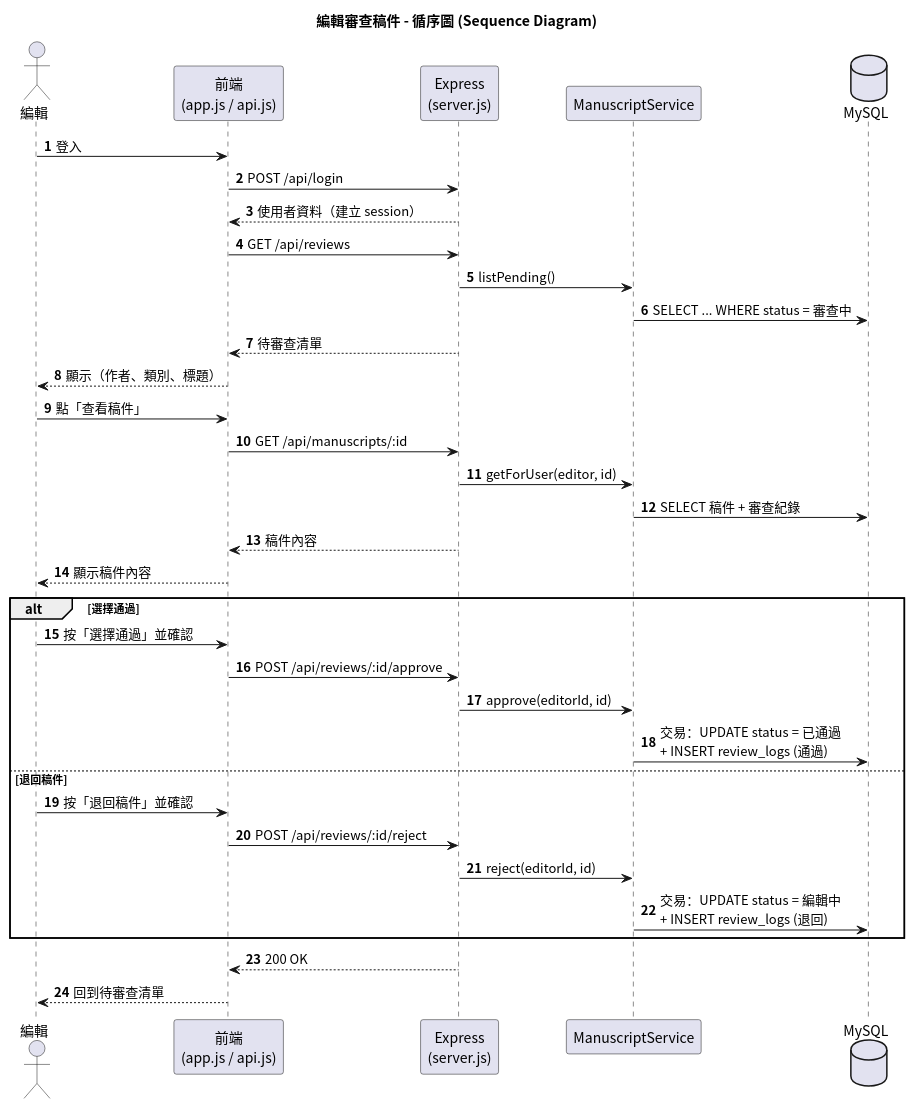
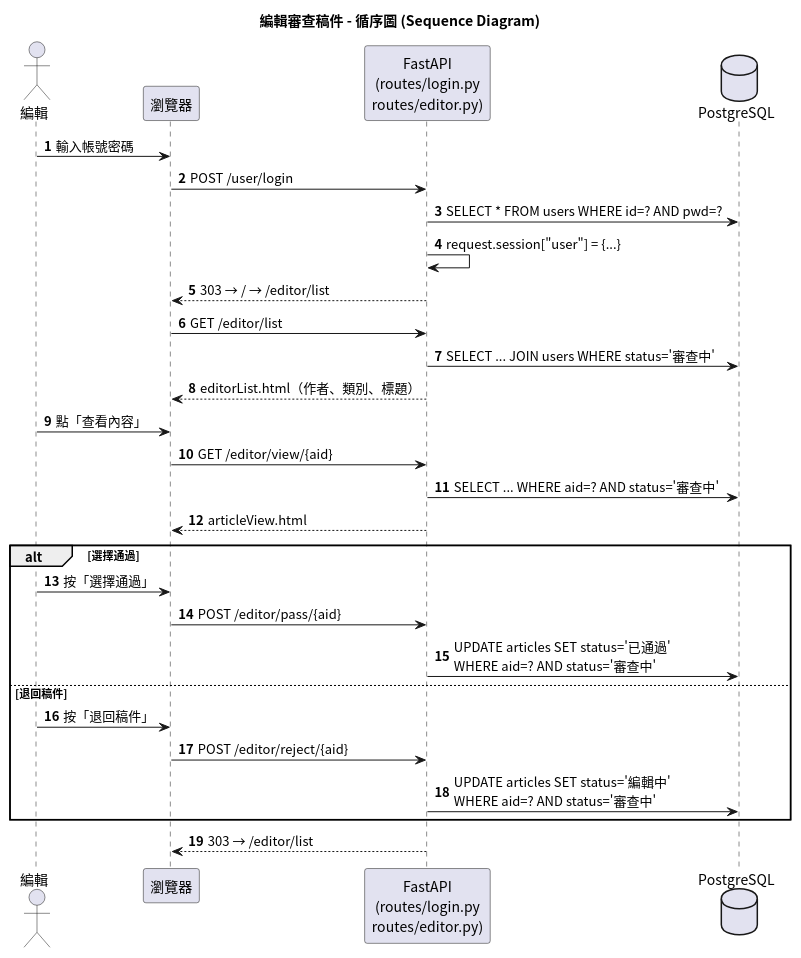
The diagram in docs/uml/05_sequence_editor.puml (617-lyx/1151se_mid), drawn with PlantUML before and after one commit. The commit also changed 45 other files, not shown here.

Commit message:
依課堂範例改寫：Python FastAPI + Jinja2 + PostgreSQL，更新 UML 圖

```diff
--- a/docs/uml/05_sequence_editor.puml
+++ b/docs/uml/05_sequence_editor.puml
@@ -1,40 +1,34 @@
 @startuml 05_sequence_editor
 skinparam defaultFontName "Noto Sans CJK TC"
 skinparam shadowing false
 skinparam backgroundColor white
 title 編輯審查稿件 - 循序圖 (Sequence Diagram)
 autonumber
 actor 編輯
-participant "前端\n(app.js / api.js)" as FE
-participant "Express\n(server.js)" as API
-participant ManuscriptService as S
-database MySQL as DB
+participant "瀏覽器" as BR
+participant "FastAPI\n(routes/login.py\nroutes/editor.py)" as API
+database "PostgreSQL" as DB
 
-編輯 -> FE : 登入
-FE -> API : POST /api/login
-API --> FE : 使用者資料（建立 session）
-FE -> API : GET /api/reviews
-API -> S : listPending()
-S -> DB : SELECT ... WHERE status = 審查中
-API --> FE : 待審查清單
-FE --> 編輯 : 顯示（作者、類別、標題）
-編輯 -> FE : 點「查看稿件」
-FE -> API : GET /api/manuscripts/:id
-API -> S : getForUser(editor, id)
-S -> DB : SELECT 稿件 + 審查紀錄
-API --> FE : 稿件內容
-FE --> 編輯 : 顯示稿件內容
+編輯 -> BR : 輸入帳號密碼
+BR -> API : POST /user/login
+API -> DB : SELECT * FROM users WHERE id=? AND pwd=?
+API -> API : request.session["user"] = {...}
+API --> BR : 303 → / → /editor/list
+BR -> API : GET /editor/list
+API -> DB : SELECT ... JOIN users WHERE status='審查中'
+API --> BR : editorList.html（作者、類別、標題）
+編輯 -> BR : 點「查看內容」
+BR -> API : GET /editor/view/{aid}
+API -> DB : SELECT ... WHERE aid=? AND status='審查中'
+API --> BR : articleView.html
 alt 選擇通過
-  編輯 -> FE : 按「選擇通過」並確認
-  FE -> API : POST /api/reviews/:id/approve
-  API -> S : approve(editorId, id)
-  S -> DB : 交易：UPDATE status = 已通過\n+ INSERT review_logs (通過)
+  編輯 -> BR : 按「選擇通過」
+  BR -> API : POST /editor/pass/{aid}
+  API -> DB : UPDATE articles SET status='已通過'\nWHERE aid=? AND status='審查中'
 else 退回稿件
-  編輯 -> FE : 按「退回稿件」並確認
-  FE -> API : POST /api/reviews/:id/reject
-  API -> S : reject(editorId, id)
-  S -> DB : 交易：UPDATE status = 編輯中\n+ INSERT review_logs (退回)
+  編輯 -> BR : 按「退回稿件」
+  BR -> API : POST /editor/reject/{aid}
+  API -> DB : UPDATE articles SET status='編輯中'\nWHERE aid=? AND status='審查中'
 end
-API --> FE : 200 OK
-FE --> 編輯 : 回到待審查清單
+API --> BR : 303 → /editor/list
 @enduml
```
